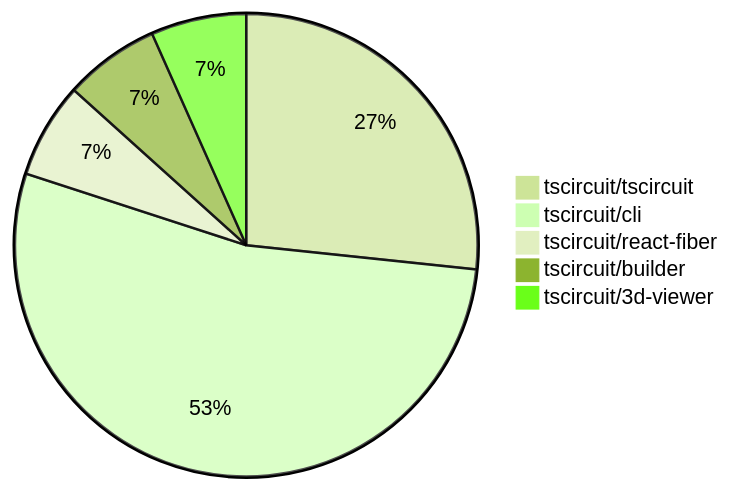
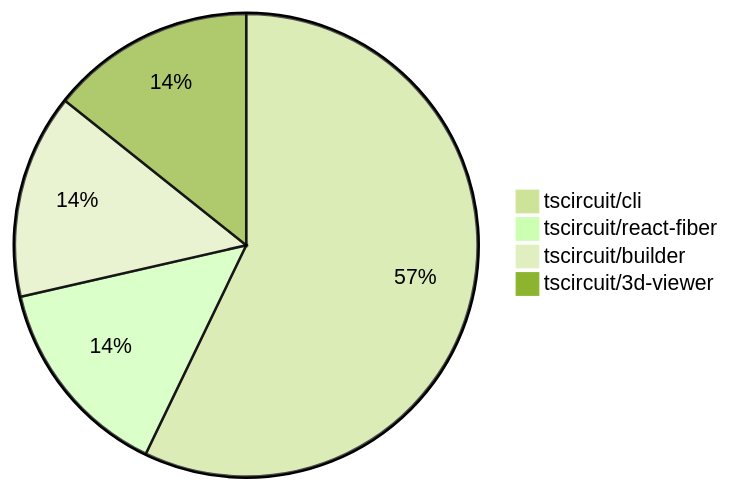
The diagram in contribution-overviews/2024-07-06.md (tscircuit/contribution-tracker), drawn with Mermaid (forest theme) before and after one commit. The commit also changed other lines of this file and 3 other files, not shown here.

````diff
--- a/contribution-overviews/2024-07-06.md
+++ b/contribution-overviews/2024-07-06.md
@@ -5,8 +5,7 @@
 ```mermaid
 pie
-    "tscircuit/tscircuit" : 4
-    "tscircuit/cli" : 8
+    "tscircuit/cli" : 4
     "tscircuit/react-fiber" : 1
     "tscircuit/builder" : 1
     "tscircuit/3d-viewer" : 1
 ```
````
